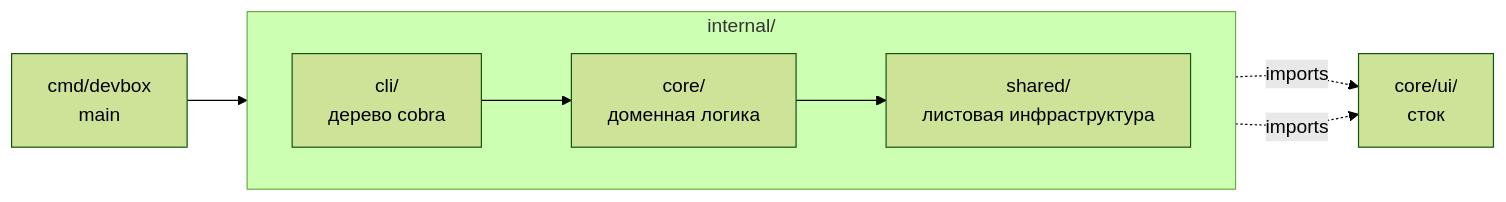
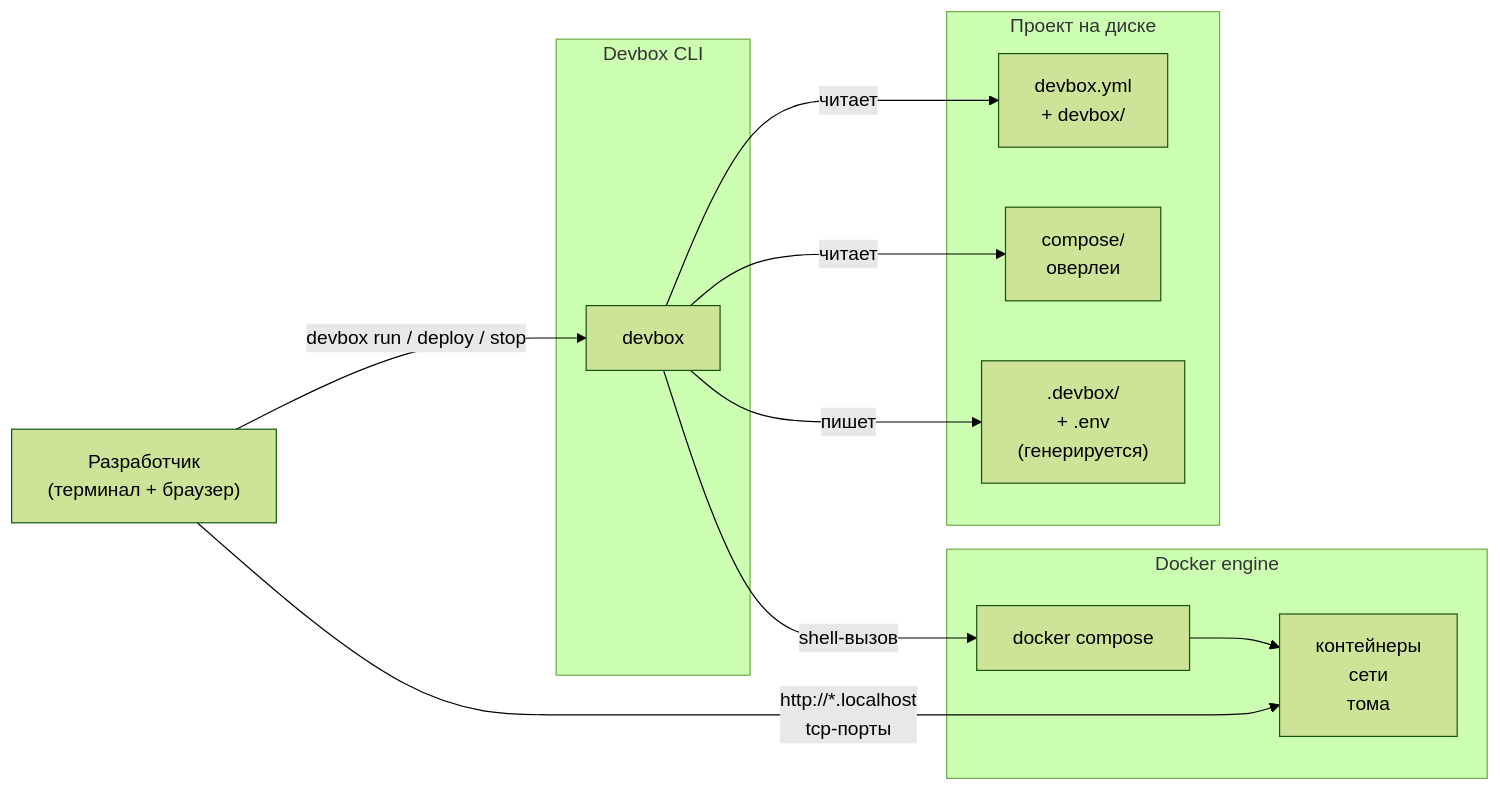
Before and after one commit to semsemyonoff/dwe: the first of 2 diagrams in docs/i18n/ru/reference/concepts/architecture.md, drawn with Mermaid (forest theme). The commit also changed other lines of this file and 7 other files, not shown here.

First line of the commit message:
docs(concepts): refocus architecture on devbox↔docker boundary

````diff
--- a/docs/i18n/ru/reference/concepts/architecture.md
+++ b/docs/i18n/ru/reference/concepts/architecture.md
@@ -34,14 +20,27 @@
 ```mermaid
 flowchart LR
-  Bin["cmd/devbox<br/>main"] --> CLI
+  Dev["Разработчик<br/>(терминал + браузер)"]
 
-  subgraph internal["internal/"]
-    direction LR
-    CLI["cli/<br/>дерево cobra"] --> Core
-    Core["core/<br/>доменная логика"] --> Shared
-    Shared["shared/<br/>листовая инфраструктура"]
+  subgraph Project["Проект на диске"]
+    Cfg["devbox.yml<br/>+ devbox/"]
+    Comp["compose/<br/>оверлеи"]
+    Gen[".devbox/<br/>+ .env<br/>(генерируется)"]
   end
 
-  Core -.imports.-> UI["core/ui/<br/>сток"]
-  CLI -.imports.-> UI
+  subgraph DevboxBox["Devbox CLI"]
+    CLI["devbox"]
+  end
+
+  subgraph Engine["Docker engine"]
+    Compose["docker compose"]
+    Containers["контейнеры<br/>сети<br/>тома"]
+  end
+
+  Dev -->|"devbox run / deploy / stop"| CLI
+  CLI -->|читает| Cfg
+  CLI -->|читает| Comp
+  CLI -->|пишет| Gen
+  CLI -->|shell-вызов| Compose
+  Compose --> Containers
+  Dev -->|"http://*.localhost<br/>tcp-порты"| Containers
 ```
````
